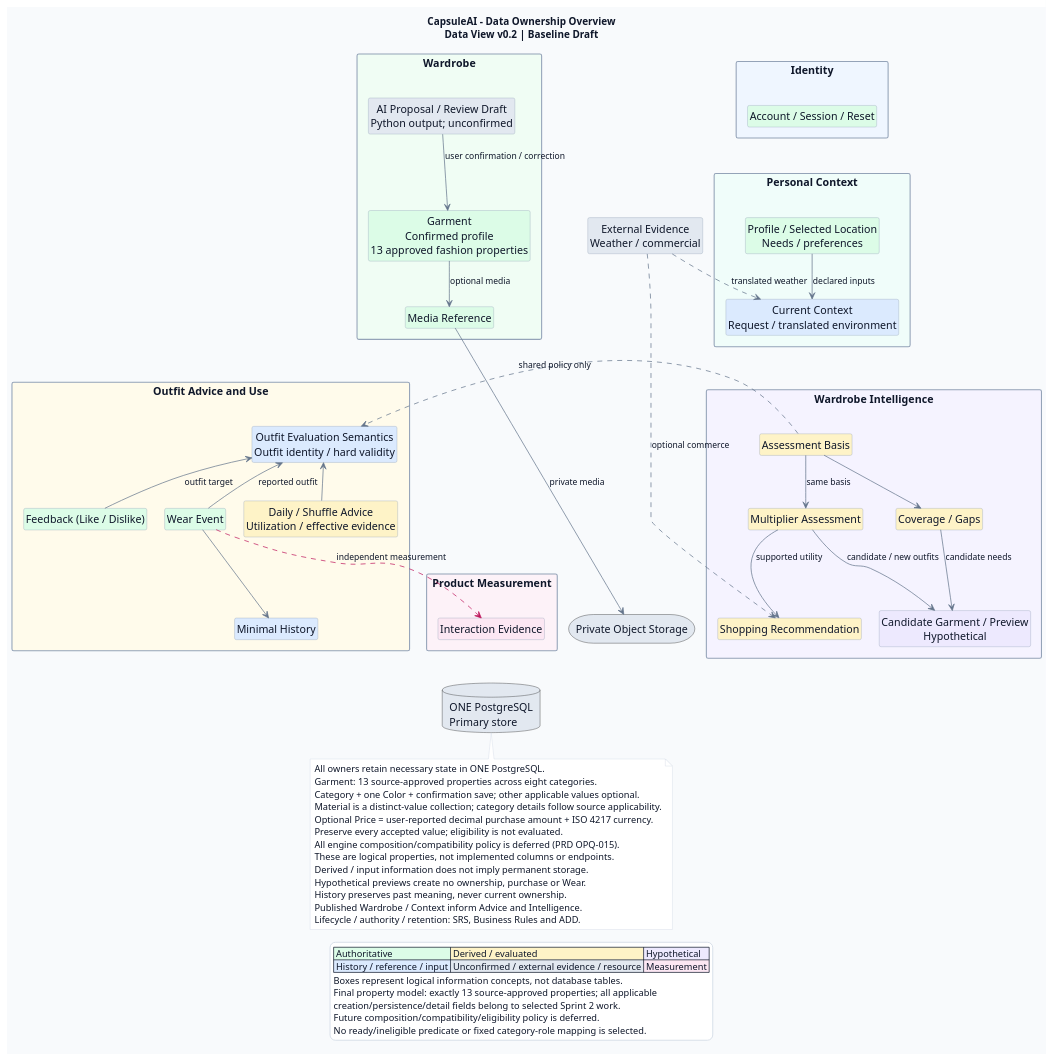
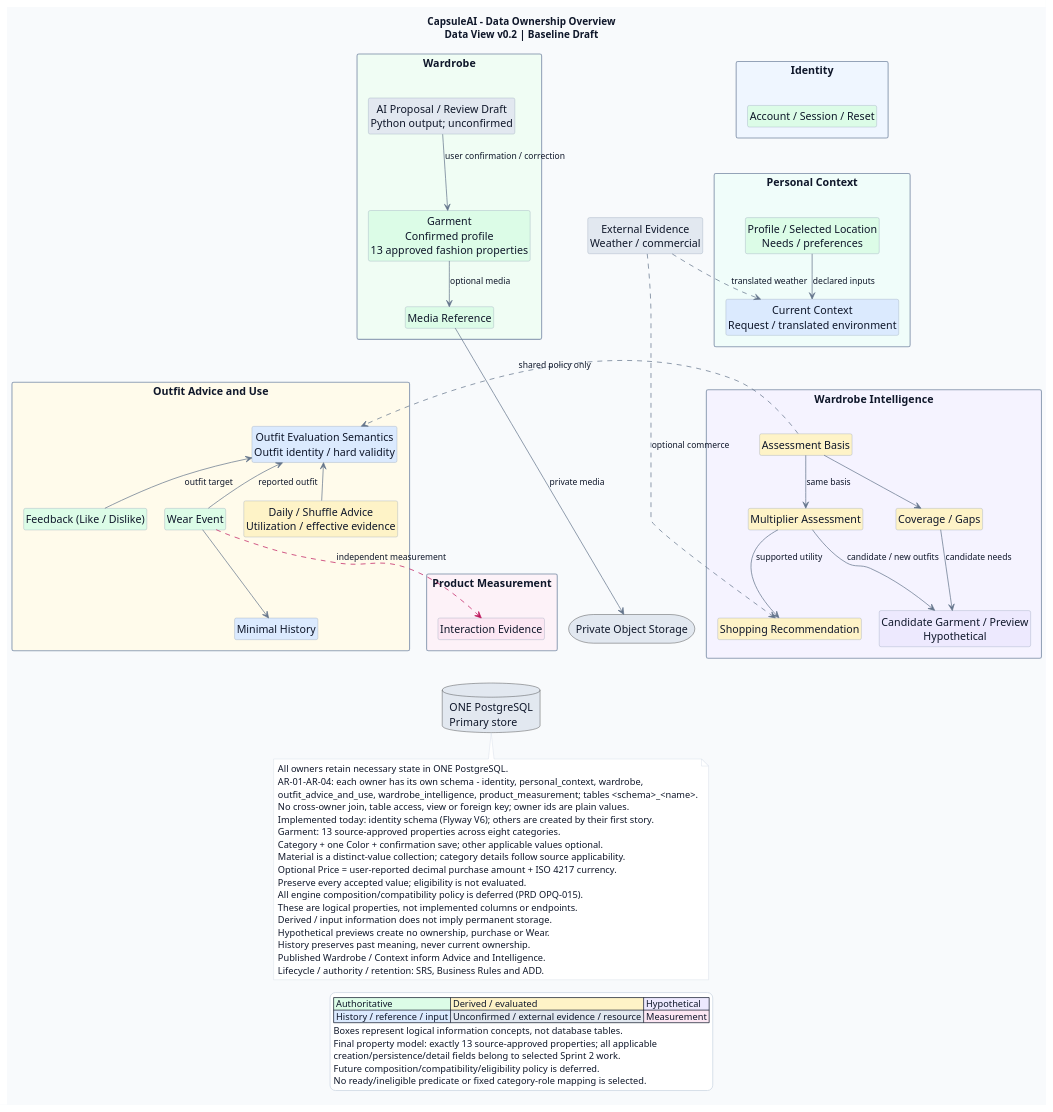
One commit to luubinhdeptrai/CapsuleAI changed the diagram in docs/04-architecture/views/data-view.puml. Above: the diagram before and after it, drawn with PlantUML. The commit also changed 51 other files, not shown here.

Commit message:
add schema per context boundary rule

```diff
--- a/docs/04-architecture/views/data-view.puml
+++ b/docs/04-architecture/views/data-view.puml
@@ -1,155 +1,161 @@
 @startuml
 ' Product update 2026-11-05: Initial files/Image to Properties Extraction.md is property authority.
 ' No owner/boundary/deployment selection changes; eligibility policy is deferred.
 ' Artifact: CapsuleAI Data View
-' Version: 0.2; Status: Baseline Draft; Product-property synchronization: 2026-11-05.
+' Version: 0.3; Status: Baseline Draft; Product-property synchronization: 2026-11-05.
+' 2026-11-06: physical ownership note for the Product Owner-approved refinement AR-01-AR-08
+' (selected-architecture-decisions.md Section 8). Logical concepts and owners are unchanged.
 ' Purpose: Simple logical data ownership overview; concepts are NOT physical tables.
 ' Primary Sources: SRS v0.4; Business Rules v0.2; ADD v0.1.4;
 ' Selected Architecture Decisions v0.1.5 (ADA-001-018 unchanged);
 ' accepted Logical, Implementation and Deployment Views v0.1.
 ' Process: Initial files/CapsuleAI_Scrum_Development_Workflow.md, Sections 4.3/24/40/42/46.
 ' Scope: ownership, major information relationships and conceptual stores; no schema/API design.
 '
 ' Grouped labels summarize related concepts, not merged entities or policies:
 ' Identity retains distinct account/session/reset authority (ADD 9.1; SRS 3.1.1).
 ' Profile includes declared needs/preferences and selected location; request/environment inputs
 ' remain distinct (SRS 3.2/3.3; Logical View's Personal Context and UC-006 authority).
 ' Garment includes its confirmed profile; eligibility is not evaluated and is separate from ownership
 ' or a second garment (DATA-GAR-001-005; BRULE-GAR-001-003; ADD 9.5).
 ' Advice and utilization/effective evidence are separate derived meanings under the same owner
 ' (SRS 3.7-3.13; ADD 9.2/9.7); Feedback never implies Wear.
 ' Outfit/Evaluation groups representation and owner-controlled published policy; Intelligence's
 ' reference consumes ONLY the policy, never a private Outfit entity or Daily's displayed subset.
 ' Assessment Basis governs complete same-basis Coverage/Multiplier meaning and hypothetical
 ' previews; five result states and incremental unique-set utility remain in ADD 9.7 / DATA-ANL-004.
 ' Coverage/Gaps remain distinct contextual assessments/capability needs; Candidate/Preview remain
 ' distinct hypothetical meanings (BRULE-COV/GAP/MULT); Shopping retains optional qualified commerce.
 ' Weather/commercial evidence denotes separate sources, not one provider; each owner translates it.
 ' Accepted media associations, minimal history, logical-action outcomes and required resumable
 ' work remain owner-held in ONE PostgreSQL (ADD 8.4/9.2/9.3/9.9; accepted views).
 ' Measurement retains its own work and optional unlinked aggregates (FR-MET-001-007/DATA-RET-003);
 ' its representative fact arrow does not transfer business authority or erase other measured facts.
 ' Detailed lifecycle, authorization, correction/retry/time and source-freshness rules stay in
 ' SRS / Business Rules / ADD; this refactor removes no rule from those authoritative homes.
 ' Draft/evidence/result persistence, physical references/transactions and cleanup realization remain
 ' unresolved detailed design (ADD 9.2-9.9); no shared action/work entity or new decision is selected.
 ' Next: Test Strategy -> Engineering Baseline; Story JIT design follows Sprint selection.
 
 title CapsuleAI - Data Ownership Overview\nData View v0.2 | Baseline Draft
 allowmixing
 top to bottom direction
 hide empty members
 hide circle
 skinparam backgroundColor #F8FAFC
 skinparam shadowing false
 skinparam packageStyle rectangle
 skinparam defaultFontSize 15
 skinparam ArrowFontSize 12
 skinparam defaultFontColor #0F172A
 skinparam ArrowColor #64748B
 skinparam nodesep 25
 skinparam ranksep 35
 skinparam classBorderColor #94A3B8
 skinparam packageBorderColor #94A3B8
 skinparam noteBackgroundColor #FFFFFF
 skinparam noteBorderColor #CBD5E1
 skinparam noteFontSize 13
 skinparam legendBackgroundColor #FFFFFF
 skinparam legendBorderColor #CBD5E1
 skinparam legendFontSize 13
 
 package "Identity" as Identity #EFF6FF {
     class "Account / Session / Reset" as Access #DCFCE7
 }
 
 package "Personal Context" as Context #F0FDFA {
     class "Profile / Selected Location\nNeeds / preferences" as Profile #DCFCE7
     class "Current Context\nRequest / translated environment" as CurrentContext #DBEAFE
     Profile --> CurrentContext : declared inputs
 }
 
 package "Wardrobe" as Wardrobe #F0FDF4 {
     class "Garment\nConfirmed profile\n13 approved fashion properties" as Garment #DCFCE7
     class "AI Proposal / Review Draft\nPython output; unconfirmed" as Draft #E2E8F0
     class "Media Reference" as MediaReference #DCFCE7
     Draft --> Garment : user confirmation / correction
     Garment --> MediaReference : optional media
 }
 
 package "Outfit Advice and Use" as Outfits #FFFBEB {
     class "Outfit Evaluation Semantics\nOutfit identity / hard validity" as Evaluation #DBEAFE
     class "Daily / Shuffle Advice\nUtilization / effective evidence" as Advice #FEF3C7
     class "Feedback (Like / Dislike)" as Feedback #DCFCE7
     class "Wear Event" as Wear #DCFCE7
     class "Minimal History" as History #DBEAFE
     Advice -up-> Evaluation
     Feedback -up-> Evaluation : outfit target
     Wear -up-> Evaluation : reported outfit
     Wear -down-> History
     Feedback -[hidden]right-> Wear
 }
 
 package "Wardrobe Intelligence" as Intelligence #F5F3FF {
     class "Assessment Basis" as Basis #FEF3C7
     class "Coverage / Gaps" as Coverage #FEF3C7
     class "Candidate Garment / Preview\nHypothetical" as Hypothetical #EDE9FE
     class "Multiplier Assessment" as Multiplier #FEF3C7
     class "Shopping Recommendation" as Shopping #FEF3C7
     Basis -down-> Coverage
     Basis -down-> Multiplier : same basis
     Coverage -down-> Hypothetical : candidate needs
     Multiplier -down-> Hypothetical : candidate / new outfits
     Multiplier -down-> Shopping : supported utility
 }
 
 package "Product Measurement" as Measurement #FDF2F8 {
     class "Interaction Evidence" as Evidence #FCE7F3
 }
 
 class "External Evidence\nWeather / commercial" as ExternalEvidence #E2E8F0
 database "ONE PostgreSQL\nPrimary store" as DB #E2E8F0
 storage "Private Object Storage" as Media #E2E8F0
 
 ' Arrows show conceptual meaning, not runtime calls, SQL joins or execution order.
 ' Cross-owner arrows reference published identities/values/policy, not private entities or writes.
 Basis -[dashed]right-> Evaluation : shared policy only
 ExternalEvidence -[dashed]-> CurrentContext : translated weather
 ExternalEvidence -[dashed]-> Shopping : optional commerce
 Wear ..[#BE185D]> Evidence : independent measurement
 MediaReference --> Media : private media
 
 ' Layout aids only; they introduce no information or ownership relationship.
 Access -[hidden]down-> Profile
 CurrentContext -[hidden]down-> Basis
 MediaReference -[hidden]down-> Evaluation
 History -[hidden]down-> DB
 Evidence -[hidden]down-> DB
 Media -[hidden]down-> DB
 
 note as Boundaries
   All owners retain necessary state in ONE PostgreSQL.
+  AR-01-AR-04: each owner has its own schema - identity, personal_context, wardrobe,
+  outfit_advice_and_use, wardrobe_intelligence, product_measurement; tables <schema>_<name>.
+  No cross-owner join, table access, view or foreign key; owner ids are plain values.
+  Implemented today: identity schema (Flyway V6); others are created by their first story.
   Garment: 13 source-approved properties across eight categories.
   Category + one Color + confirmation save; other applicable values optional.
   Material is a distinct-value collection; category details follow source applicability.
   Optional Price = user-reported decimal purchase amount + ISO 4217 currency.
   Preserve every accepted value; eligibility is not evaluated.
   All engine composition/compatibility policy is deferred (PRD OPQ-015).
   These are logical properties, not implemented columns or endpoints.
   Derived / input information does not imply permanent storage.
   Hypothetical previews create no ownership, purchase or Wear.
   History preserves past meaning, never current ownership.
   Published Wardrobe / Context inform Advice and Intelligence.
   Lifecycle / authority / retention: SRS, Business Rules and ADD.
 end note
 DB -[hidden]down-> Boundaries
 
 legend bottom
   |<#DCFCE7> Authoritative |<#FEF3C7> Derived / evaluated |<#EDE9FE> Hypothetical |
   |<#DBEAFE> History / reference / input |<#E2E8F0> Unconfirmed / external evidence / resource |<#FCE7F3> Measurement |
   Boxes represent logical information concepts, not database tables.
   Final property model: exactly 13 source-approved properties; all applicable
   creation/persistence/detail fields belong to selected Sprint 2 work.
   Future composition/compatibility/eligibility policy is deferred.
   No ready/ineligible predicate or fixed category-role mapping is selected.
 endlegend
 @enduml
```
